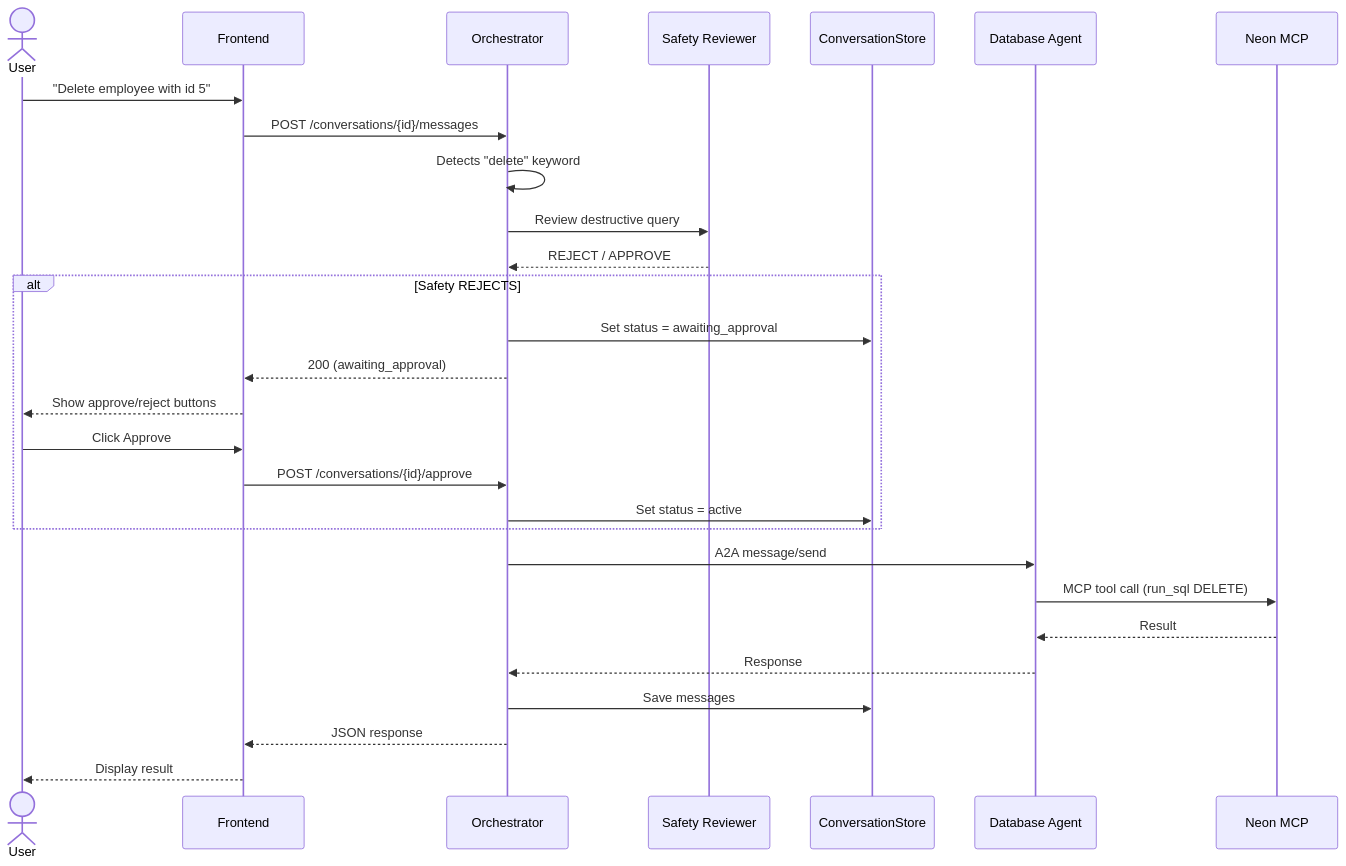
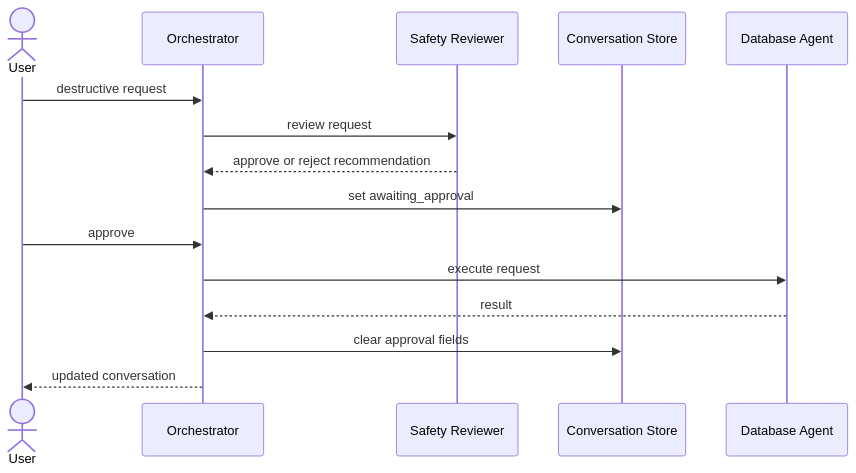
One commit to daniel-was-taken/a2a-strands-example changed the fourth of 5 diagrams in docs/architecture.md. Above: the diagram before and after it, drawn with Mermaid. The commit also changed other lines of this file and 42 other files, not shown here.

````diff
--- a/docs/architecture.md
+++ b/docs/architecture.md
@@ -162,33 +107,18 @@
 ```mermaid
 sequenceDiagram
     actor User
-    participant FE as Frontend
     participant Orch as Orchestrator
     participant Safety as Safety Reviewer
-    participant Store as ConversationStore
+    participant Store as Conversation Store
     participant Agent as Database Agent
-    participant MCP as Neon MCP
 
-    User->>FE: "Delete employee with id 5"
-    FE->>Orch: POST /conversations/{id}/messages
-    Orch->>Orch: Detects "delete" keyword
-    Orch->>Safety: Review destructive query
-    Safety-->>Orch: REJECT / APPROVE
-
-    alt Safety REJECTS
-        Orch->>Store: Set status = awaiting_approval
-        Orch-->>FE: 200 (awaiting_approval)
-        FE-->>User: Show approve/reject buttons
-        User->>FE: Click Approve
-        FE->>Orch: POST /conversations/{id}/approve
-        Orch->>Store: Set status = active
-    end
-
-    Orch->>Agent: A2A message/send
-    Agent->>MCP: MCP tool call (run_sql DELETE)
-    MCP-->>Agent: Result
-    Agent-->>Orch: Response
-    Orch->>Store: Save messages
-    Orch-->>FE: JSON response
-    FE-->>User: Display result
+    User->>Orch: destructive request
+    Orch->>Safety: review request
+    Safety-->>Orch: approve or reject recommendation
+    Orch->>Store: set awaiting_approval
+    User->>Orch: approve
+    Orch->>Agent: execute request
+    Agent-->>Orch: result
+    Orch->>Store: clear approval fields
+    Orch-->>User: updated conversation
 ```
````
